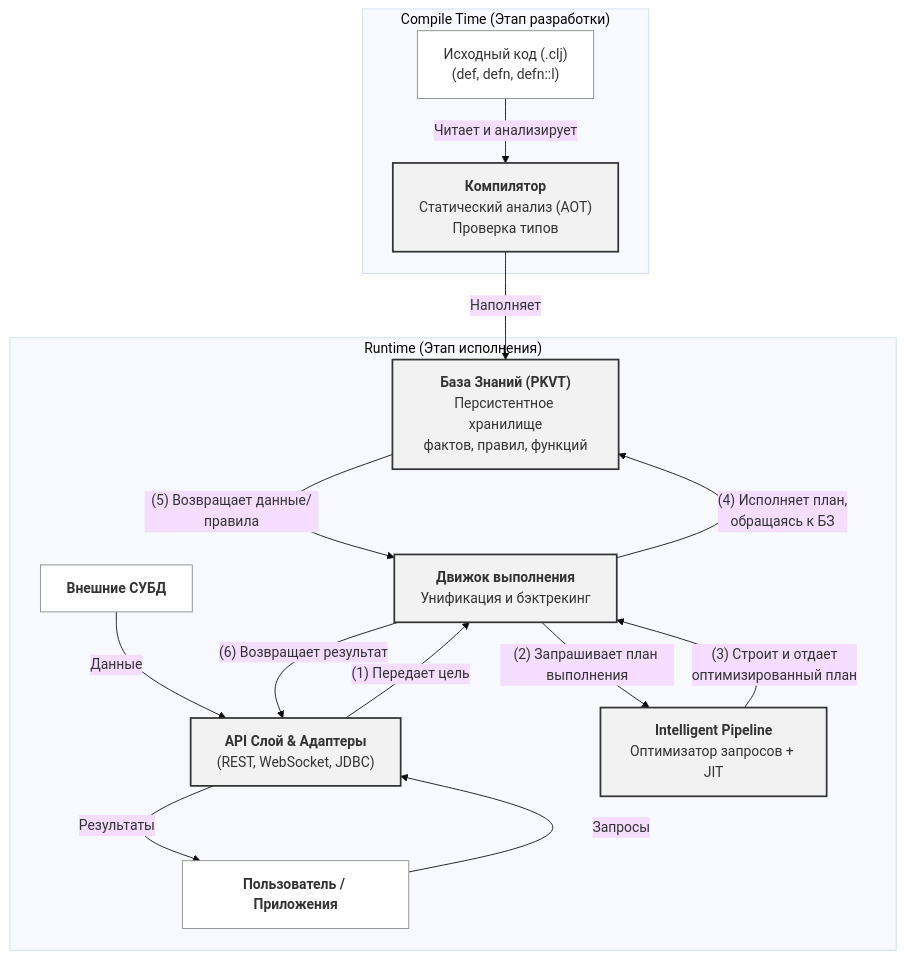
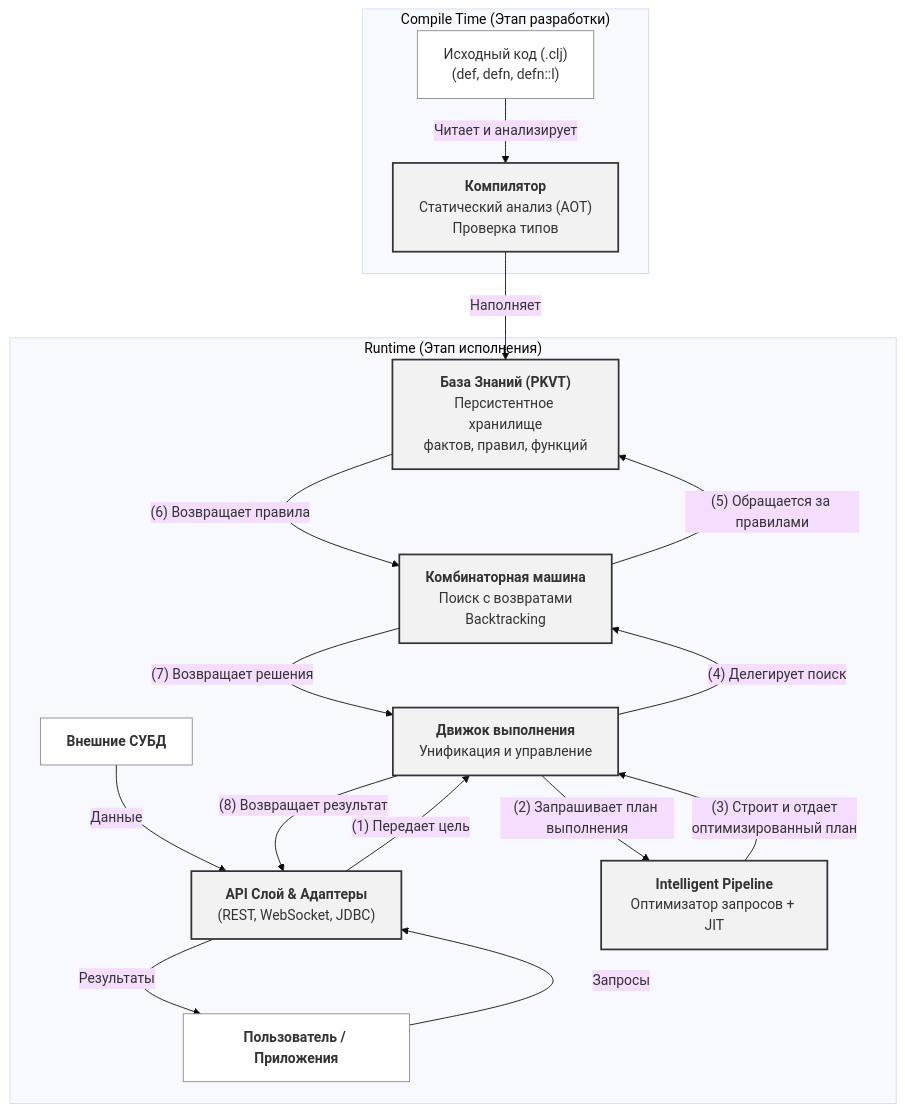
Before and after one commit to LMikhail/Tipster: the diagram in docs/general/ru/architecture.md, drawn with Mermaid (base theme). The commit also changed other lines of this file and 11 other files, not shown here.

````diff
--- a/docs/general/ru/architecture.md
+++ b/docs/general/ru/architecture.md
@@ -17,33 +17,36 @@
 ```mermaid
 graph TD;
     subgraph "Compile Time (Этап разработки)"
         A["Исходный код (.clj)<br/>(def, defn, defn::l)"] -- "Читает и анализирует" --> B["<b>Компилятор</b><br/>Статический анализ (AOT)<br/>Проверка типов"];
     end
 
     subgraph "Runtime (Этап исполнения)"
         C["<b>База Знаний (PKVT)</b><br/>Персистентное хранилище<br/>фактов, правил, функций"];
-        D["<b>Движок выполнения</b><br/>Унификация и бэктрекинг"];
+        D["<b>Движок выполнения</b><br/>Унификация и управление"];
+        CM["<b>Комбинаторная машина</b><br/>Поиск с возвратами<br/>Backtracking"];
         E["<b>API Слой & Адаптеры</b><br/>(REST, WebSocket, JDBC)"];
         F["<b>Пользователь / Приложения</b>"];
         G["<b>Внешние СУБД</b>"];
         H["<b>Intelligent Pipeline</b><br/>Оптимизатор запросов + JIT"];
     end
 
     B -- "Наполняет" --> C;
 
     F -- "Запросы" --> E;
     G -- "Данные" --> E;
     E -- "(1) Передает цель" --> D;
     D -- "(2) Запрашивает план выполнения" --> H;
     H -- "(3) Строит и отдает<br/>оптимизированный план" --> D;
-    D -- "(4) Исполняет план,<br/>обращаясь к БЗ" --> C;
-    C -- "(5) Возвращает данные/правила" --> D;
-    D -- "(6) Возвращает результат" --> E;
+    D -- "(4) Делегирует поиск" --> CM;
+    CM -- "(5) Обращается за правилами" --> C;
+    C -- "(6) Возвращает правила" --> CM;
+    CM -- "(7) Возвращает решения" --> D;
+    D -- "(8) Возвращает результат" --> E;
     E -- "Результаты" --> F;
 
     classDef component fill:#f2f2f2,stroke:#333,stroke-width:2px;
     classDef external fill:#fff,stroke:#888,stroke-width:1px;
     
-    class B,C,D,E,H component;
+    class B,C,D,E,H,CM component;
     class A,F,G external;
 ```
````
